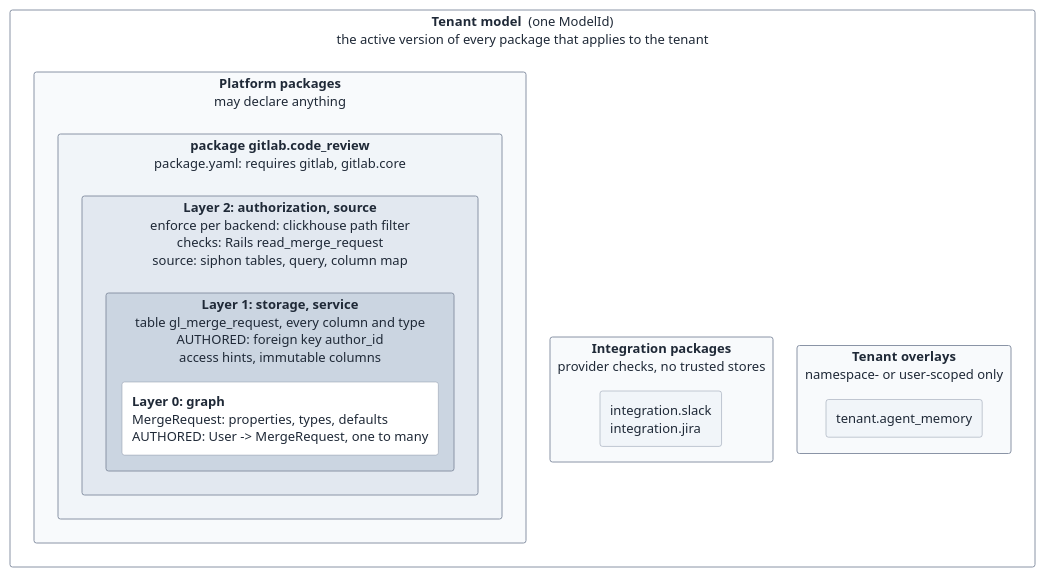
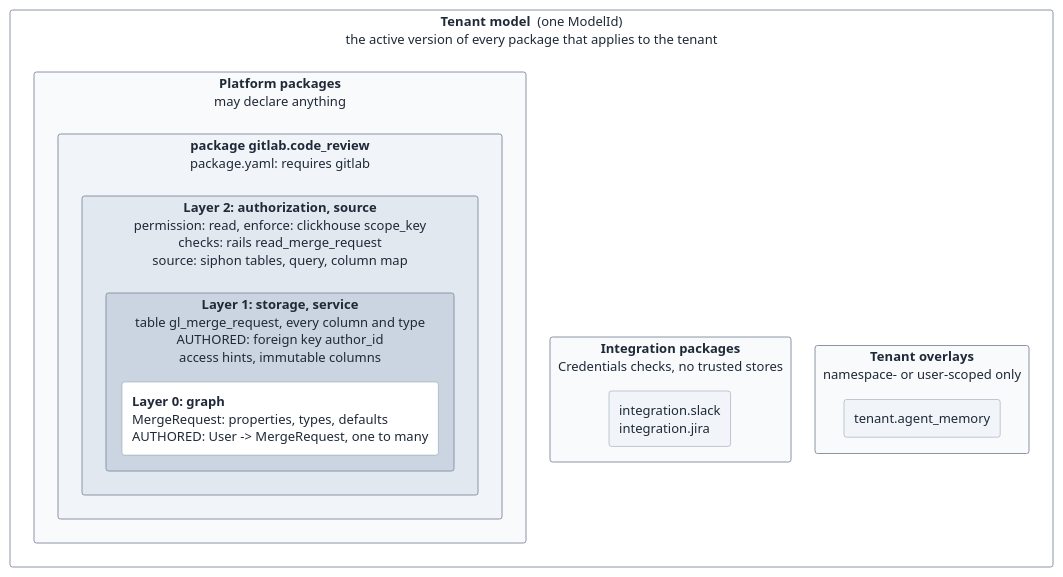
One commit to gitlabhq/orbit-knowledge-graph changed the second of 9 diagrams in docs/pages/engineering/adr/024_pluggable_data_model.md. Above: the diagram before and after it, drawn with PlantUML. The commit also changed other lines of this file and 1 other file, not shown here.

Commit message:
docs(adr): authorize through providers with permissions, scopes and checks

````diff
--- a/docs/pages/engineering/adr/024_pluggable_data_model.md
+++ b/docs/pages/engineering/adr/024_pluggable_data_model.md
@@ -171,27 +171,27 @@
 ```plantuml
 @startuml
 skinparam shadowing false
 skinparam defaultFontSize 13
 skinparam rectangleBorderColor #8A94A6
 skinparam rectangleFontColor #1F2937
 skinparam rectangleFontStyle plain
 
 rectangle "<b>Tenant model</b>  (one ModelId)\nthe active version of every package that applies to the tenant" as M #FFFFFF {
   rectangle "<b>Tenant overlays</b>\nnamespace- or user-scoped only" as T3 #F8FAFC {
     rectangle "tenant.agent_memory" as O #F1F5F9
   }
-  rectangle "<b>Integration packages</b>\nprovider checks, no trusted stores" as T2 #F8FAFC {
+  rectangle "<b>Integration packages</b>\nCredentials checks, no trusted stores" as T2 #F8FAFC {
     rectangle "integration.slack\nintegration.jira" as I #F1F5F9
   }
   rectangle "<b>Platform packages</b>\nmay declare anything" as T1 #F8FAFC {
-    rectangle "<b>package gitlab.code_review</b>\npackage.yaml: requires gitlab, gitlab.core" as P #F1F5F9 {
-      rectangle "<b>Layer 2: authorization, source</b>\nenforce per backend: clickhouse path filter\nchecks: Rails read_merge_request\nsource: siphon tables, query, column map" as L2 #E2E8F0 {
+    rectangle "<b>package gitlab.code_review</b>\npackage.yaml: requires gitlab" as P #F1F5F9 {
+      rectangle "<b>Layer 2: authorization, source</b>\npermission: read, enforce: clickhouse scope_key\nchecks: rails read_merge_request\nsource: siphon tables, query, column map" as L2 #E2E8F0 {
         rectangle "<b>Layer 1: storage, service</b>\ntable gl_merge_request, every column and type\nAUTHORED: foreign key author_id\naccess hints, immutable columns" as L1 #CBD5E1 {
           rectangle "<b>Layer 0: graph</b>\nMergeRequest: properties, types, defaults\nAUTHORED: User -> MergeRequest, one to many" as L0 #FFFFFF
         }
       }
     }
   }
 }
 @enduml
 ```
````
